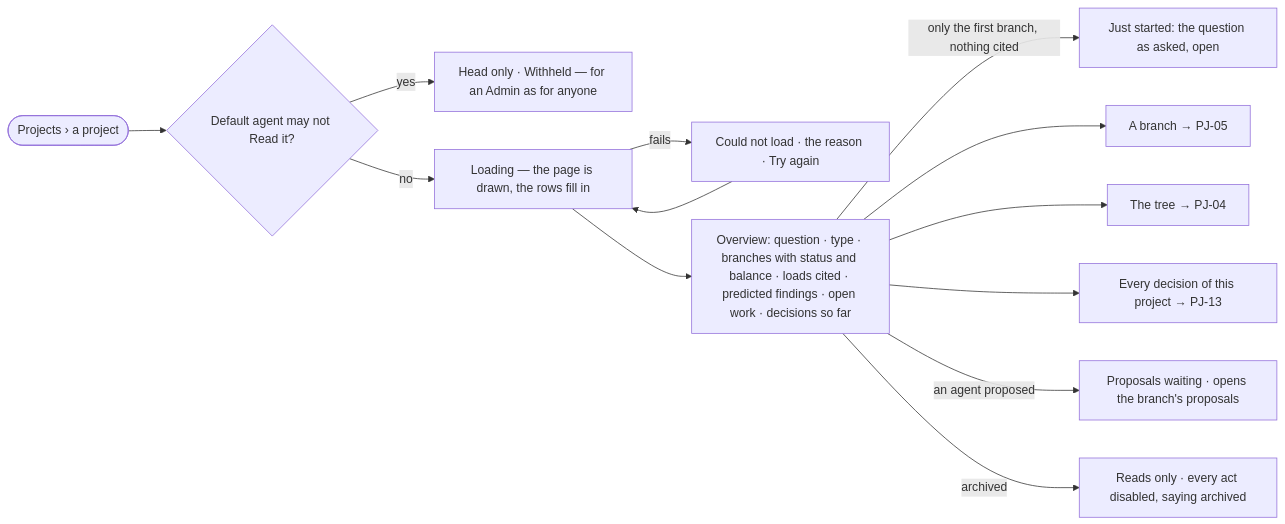
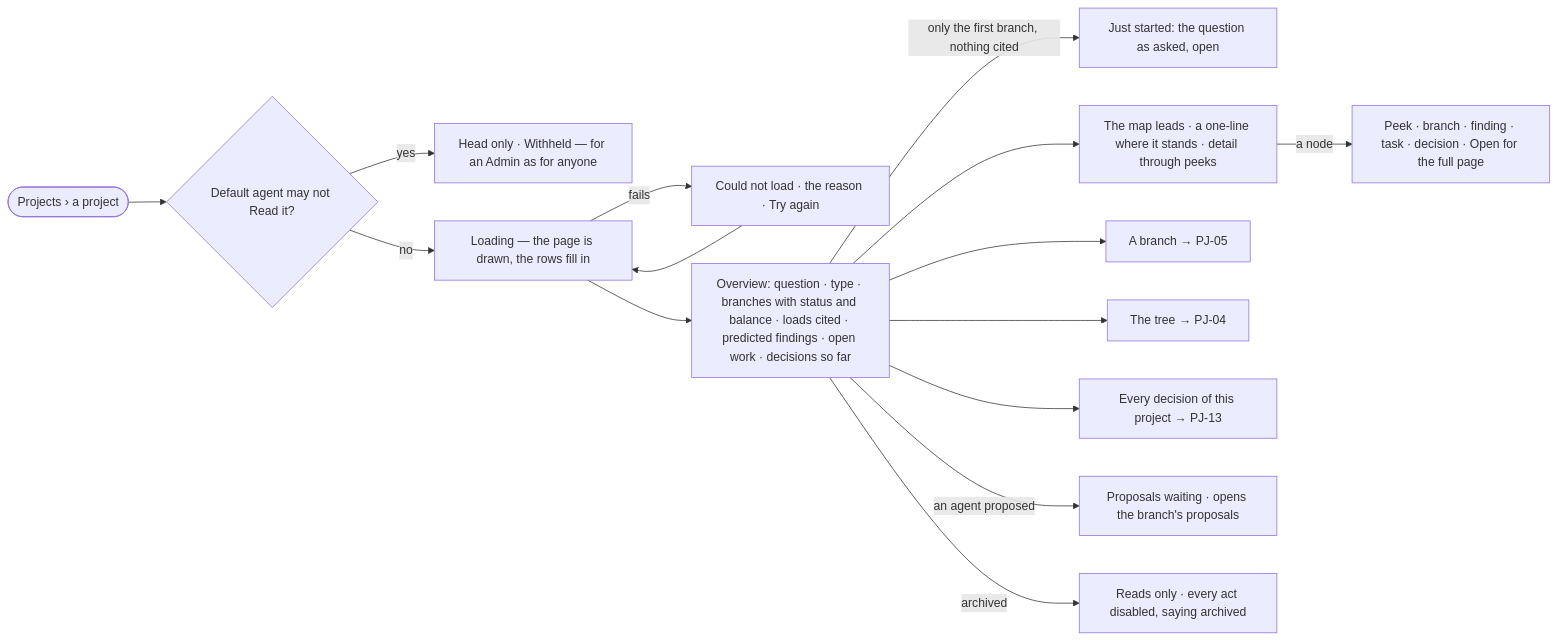
The diagram in specs/capabilities/projects/features/PJ-F03-branches-findings-and-decisions/stories/PJ-03-see-where-a-project-stands/story.md (invana/invana), drawn with Mermaid before and after one commit. The commit also changed other lines of this file and 6 other files, not shown here.

Commit message:
wip(platform-design-2): P04 · step 2 — create-project in five steps, connect mode, map-led page, inquiry tree, team access

````diff
--- a/specs/capabilities/projects/features/PJ-F03-branches-findings-and-decisions/stories/PJ-03-see-where-a-project-stands/story.md
+++ b/specs/capabilities/projects/features/PJ-F03-branches-findings-and-decisions/stories/PJ-03-see-where-a-project-stands/story.md
@@ -29,14 +29,16 @@
 ```mermaid
 flowchart LR
   s([Projects › a project]) --> pv{"Default agent may not Read it?"}
   pv -->|yes| pr["Head only · Withheld — for an Admin as for anyone"]
   pv -->|no| load["Loading — the page is drawn, the rows fill in"]
   load -->|fails| f["Could not load · the reason · Try again"] --> load
   load --> o["Overview: question · type · branches with status and balance · loads cited · predicted findings · open work · decisions so far"]
   o -->|only the first branch, nothing cited| j["Just started: the question as asked, open"]
+  o --> mp["The map leads · a one-line where it stands · detail through peeks"]
+  mp -->|a node| pk["Peek · branch · finding · task · decision · Open for the full page"]
   o --> b["A branch → PJ-05"]
   o --> t["The tree → PJ-04"]
   o --> d["Every decision of this project → PJ-13"]
   o -->|an agent proposed| p["Proposals waiting · opens the branch's proposals"]
   o -->|archived| a["Reads only · every act disabled, saying archived"]
 ```
````
